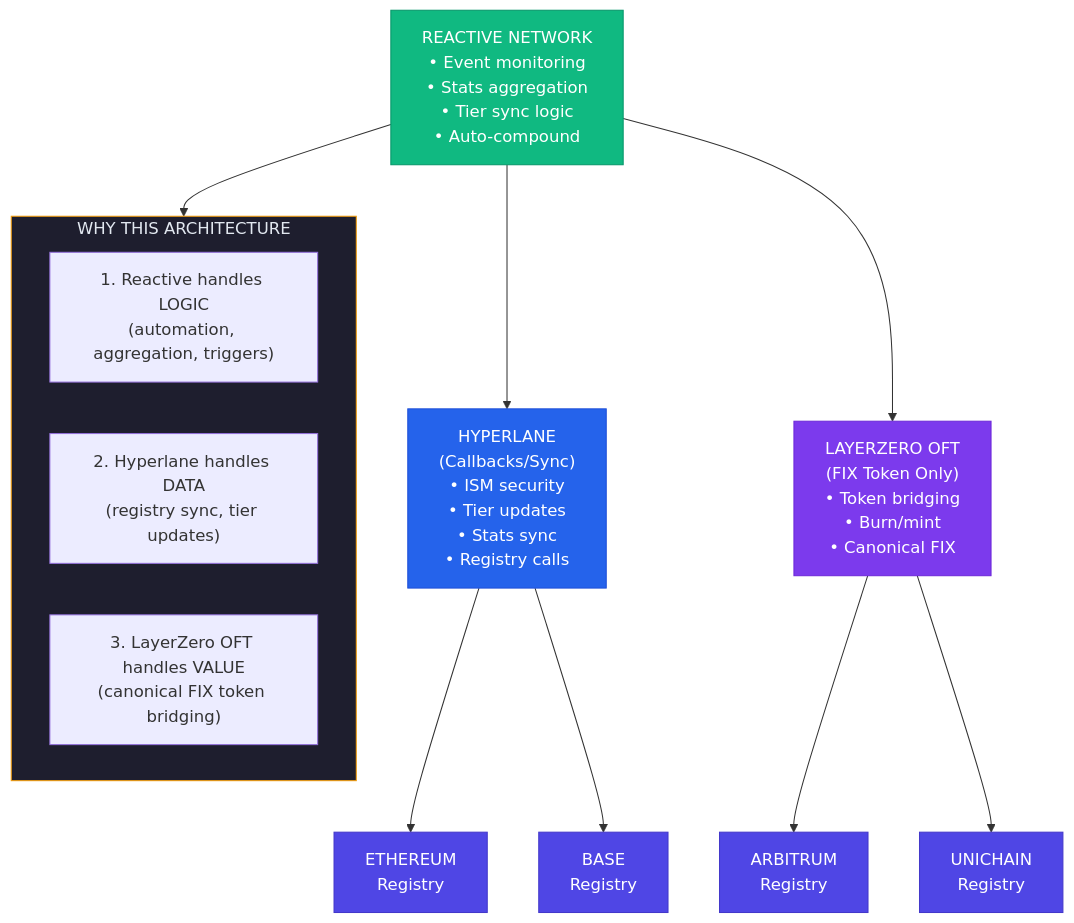
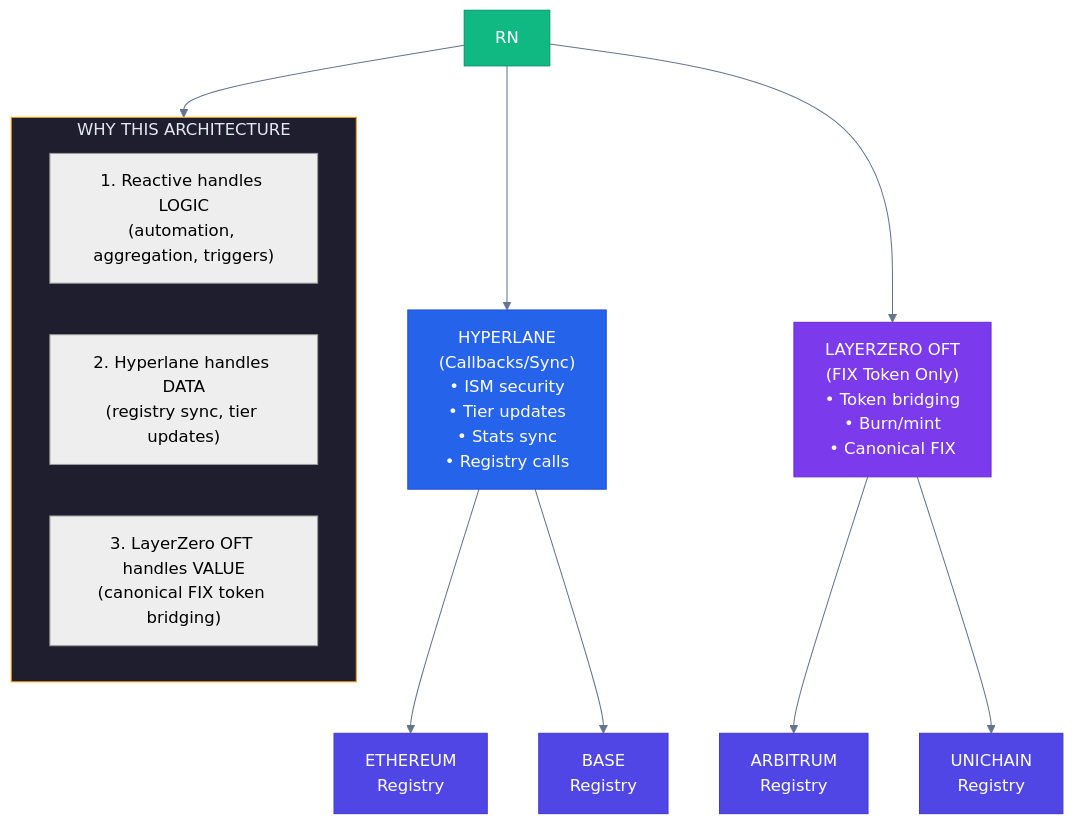
One commit to guglxni/the-fixer-hook changed the tenth of 11 diagrams in docs/MARKET_SENTIMENT_ANALYSIS.md. Above: the diagram before and after it, drawn with Mermaid. The commit also changed other lines of this file and 514 other files, not shown here.

Commit message:
Clean docs: remove emojis, add professional mermaid styling

````diff
--- a/docs/MARKET_SENTIMENT_ANALYSIS.md
+++ b/docs/MARKET_SENTIMENT_ANALYSIS.md
@@ -488,27 +454,24 @@
 ```mermaid
+%%{init: {'theme': 'neutral', 'themeVariables': { 'primaryColor': '#2563eb', 'primaryTextColor': '#1e293b', 'primaryBorderColor': '#3b82f6', 'lineColor': '#64748b', 'secondaryColor': '#f1f5f9', 'tertiaryColor': '#e2e8f0'}}}%%
 flowchart TD
-    RN["REACTIVE NETWORK\n• Event monitoring\n• Stats aggregation\n• Tier sync logic\n• Auto-compound"]
     RN --> HL["HYPERLANE\n(Callbacks/Sync)\n• ISM security\n• Tier updates\n• Stats sync\n• Registry calls"]
     RN --> LZ["LAYERZERO OFT\n(FIX Token Only)\n• Token bridging\n• Burn/mint\n• Canonical FIX"]
     HL --> ETH["ETHEREUM\nRegistry"]
     HL --> BASE["BASE\nRegistry"]
     LZ --> ARB["ARBITRUM\nRegistry"]
     LZ --> UNI["UNICHAIN\nRegistry"]
-
     subgraph why["WHY THIS ARCHITECTURE"]
         W1["1. Reactive handles LOGIC\n(automation, aggregation, triggers)"]
         W2["2. Hyperlane handles DATA\n(registry sync, tier updates)"]
         W3["3. LayerZero OFT handles VALUE\n(canonical FIX token bridging)"]
     end
-
     RN --> why
-
     style RN fill:#10B981,color:#FFFFFF,stroke:#059669
     style HL fill:#2563EB,color:#FFFFFF,stroke:#1D4ED8
     style LZ fill:#7C3AED,color:#FFFFFF,stroke:#6D28D9
     style ETH fill:#4F46E5,color:#FFFFFF,stroke:#4338CA
     style BASE fill:#4F46E5,color:#FFFFFF,stroke:#4338CA
     style ARB fill:#4F46E5,color:#FFFFFF,stroke:#4338CA
     style UNI fill:#4F46E5,color:#FFFFFF,stroke:#4338CA
     style why fill:#1E1E2E,color:#E2E8F0,stroke:#F59E0B
 ```
````
